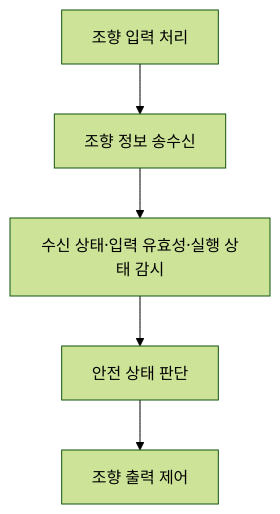
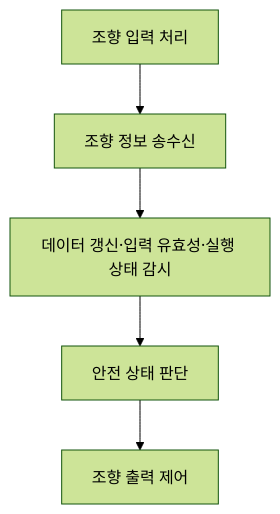
The first of 3 diagrams in iso26262-sbw-failsafe/workproducts/03_SW_Requirements.md (kwangil1245-code/iso26262-sbw-failsafe), drawn with Mermaid (forest theme) before and after one commit. The commit also changed other lines of this file, not shown here.

````diff
--- a/iso26262-sbw-failsafe/workproducts/03_SW_Requirements.md
+++ b/iso26262-sbw-failsafe/workproducts/03_SW_Requirements.md
@@ -38,7 +38,7 @@
 ```mermaid
 flowchart TD
     A["조향 입력 처리"] --> B["조향 정보 송수신"]
-    B --> C["수신 상태·입력 유효성·실행 상태 감시"]
+    B --> C["데이터 갱신·입력 유효성·실행 상태 감시"]
     C --> D["안전 상태 판단"]
     D --> E["조향 출력 제어"]
 ```
````
